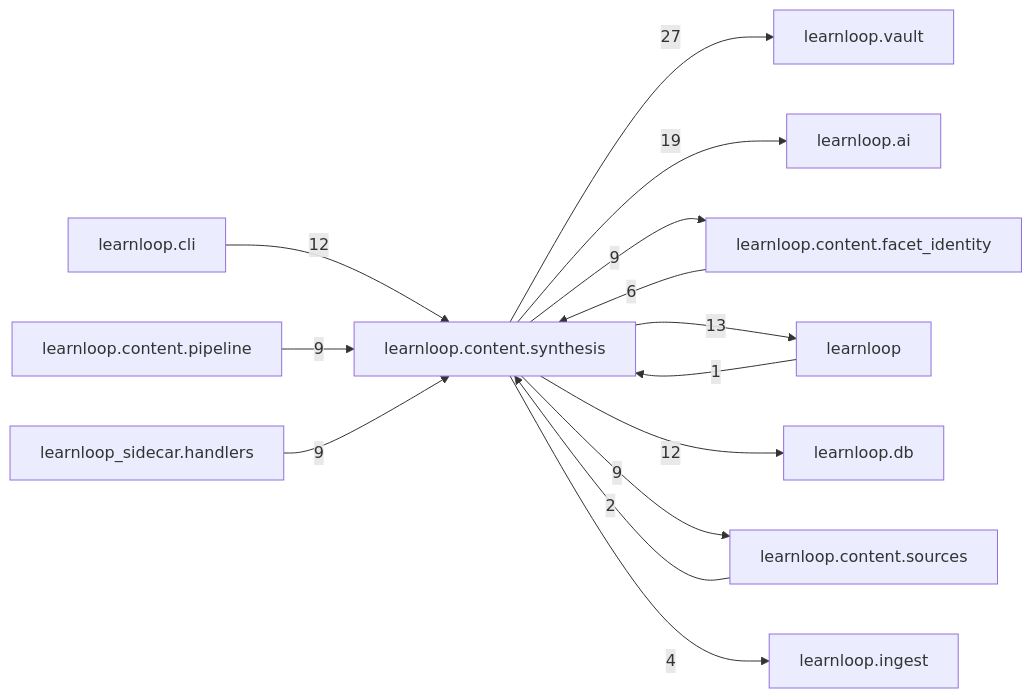
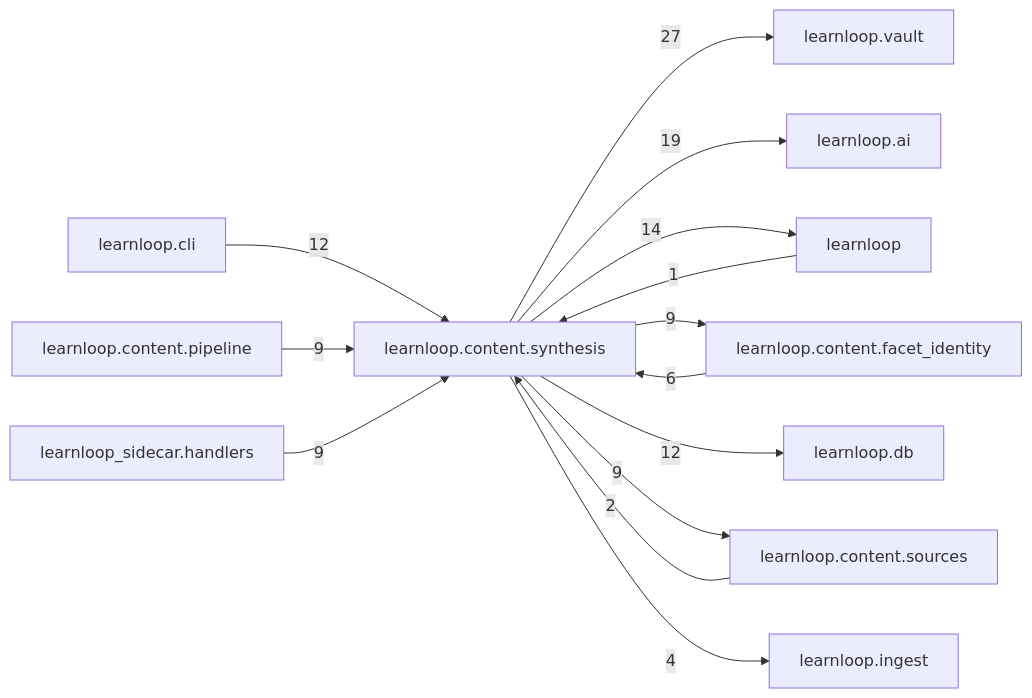
The diagram in docs/learnloop-architecture-vault/Reference/Modules/learnloop/content/synthesis/_package.md (6up-b/learnanything), drawn with Mermaid before and after one commit. The commit also changed other lines of this file and 67 other files, not shown here.

````diff
--- a/docs/learnloop-architecture-vault/Reference/Modules/learnloop/content/synthesis/_package.md
+++ b/docs/learnloop-architecture-vault/Reference/Modules/learnloop/content/synthesis/_package.md
@@ -126,27 +126,27 @@
 ```mermaid
 flowchart LR
     center["learnloop.content.synthesis"]
     n_learnloop_vault["learnloop.vault"]
     n_learnloop_ai["learnloop.ai"]
+    n_learnloop["learnloop"]
     n_learnloop_content_facet_identity["learnloop.content.facet_identity"]
-    n_learnloop["learnloop"]
     n_learnloop_cli["learnloop.cli"]
     n_learnloop_db["learnloop.db"]
     n_learnloop_content_sources["learnloop.content.sources"]
     n_learnloop_content_pipeline["learnloop.content.pipeline"]
     n_learnloop_sidecar_handlers["learnloop_sidecar.handlers"]
     n_learnloop_ingest["learnloop.ingest"]
     center -->|27| n_learnloop_vault
     center -->|19| n_learnloop_ai
+    n_learnloop -->|1| center
+    center -->|14| n_learnloop
     n_learnloop_content_facet_identity -->|6| center
     center -->|9| n_learnloop_content_facet_identity
-    n_learnloop -->|1| center
-    center -->|13| n_learnloop
     n_learnloop_cli -->|12| center
     center -->|12| n_learnloop_db
     n_learnloop_content_sources -->|2| center
     center -->|9| n_learnloop_content_sources
     n_learnloop_content_pipeline -->|9| center
     n_learnloop_sidecar_handlers -->|9| center
     center -->|4| n_learnloop_ingest
 ```
````
